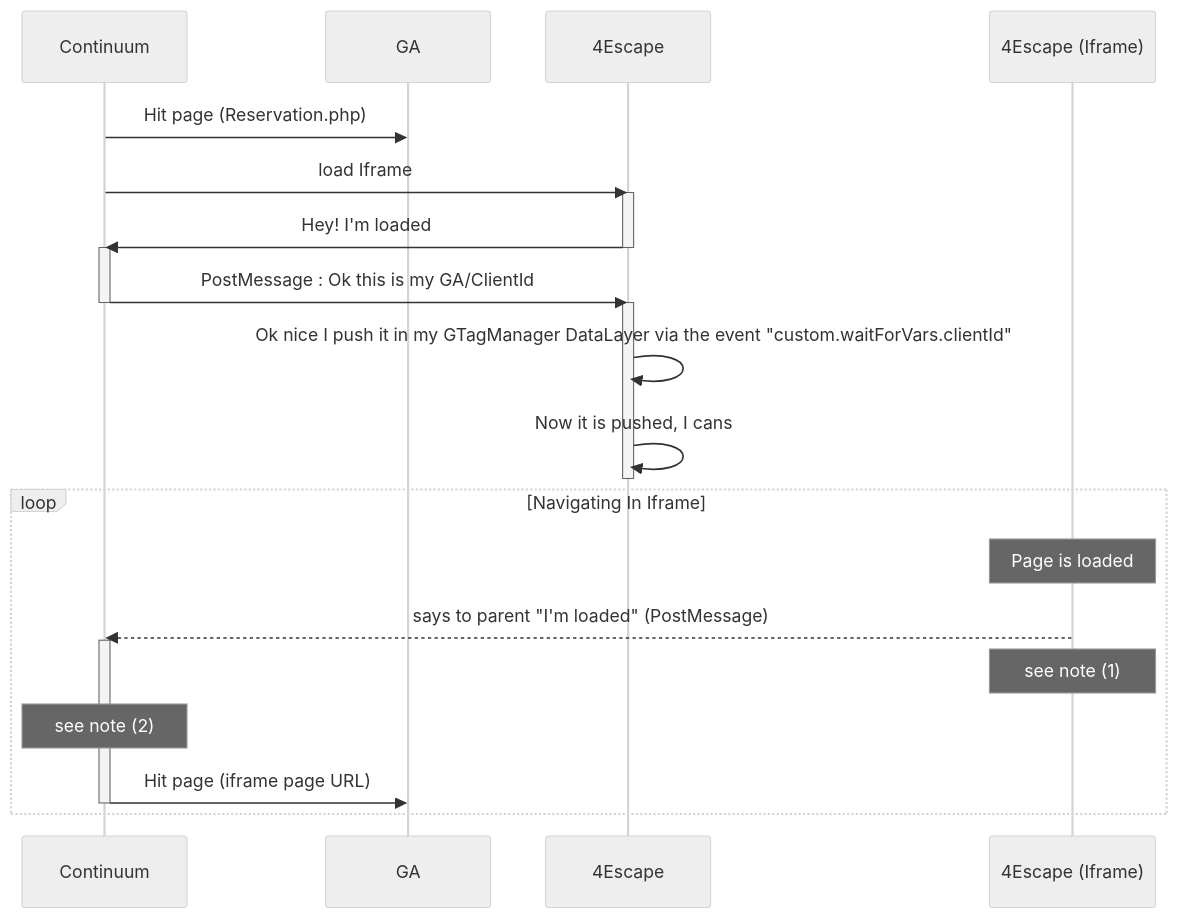
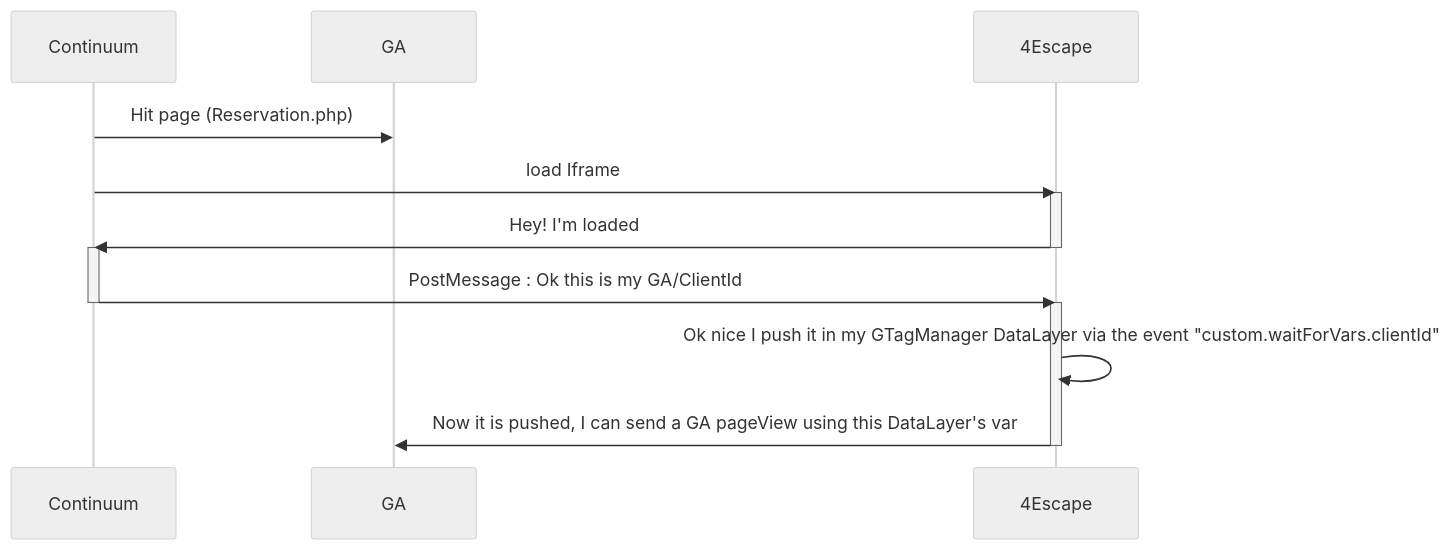
One commit to NansPellicari/stackEdit changed the diagram in doc/continuum/ClientId.md. Above: the diagram before and after it, drawn with Mermaid (neutral theme). The commit also changed other lines of this file, not shown here.

Commit message:
doc/continuum/ClientId.md updated from https://stackedit.io/

````diff
--- a/doc/continuum/ClientId.md
+++ b/doc/continuum/ClientId.md
@@ -16,36 +16,18 @@
 ```mermaid
 
 sequenceDiagram
 
 Continuum->>GA: Hit page (Reservation.php)
 
 Continuum->>4Escape: load Iframe
 activate 4Escape
 4Escape->>Continuum: Hey! I'm loaded
 deactivate 4Escape
 activate Continuum
 Continuum->>4Escape: PostMessage : Ok this is my GA/ClientId
 deactivate Continuum
 activate 4Escape
 4Escape->>4Escape: Ok nice I push it in my GTagManager DataLayer via the event "custom.waitForVars.clientId"
-4Escape->>4Escape: Now it is pushed, I cans
+4Escape->>GA: Now it is pushed, I can send a GA pageView using this DataLayer's var
 deactivate 4Escape
-
-loop Navigating In Iframe
-
-Note over 4Escape (Iframe): Page is loaded
-
-4Escape (Iframe)-->>Continuum: says to parent "I'm loaded" (PostMessage)
-
-activate Continuum
-
-Note over 4Escape (Iframe): see note (1)
-
-Note over Continuum: see note (2)
-
-Continuum->>GA: Hit page (iframe page URL)
-
-deactivate Continuum
-
-end
 ```
````
